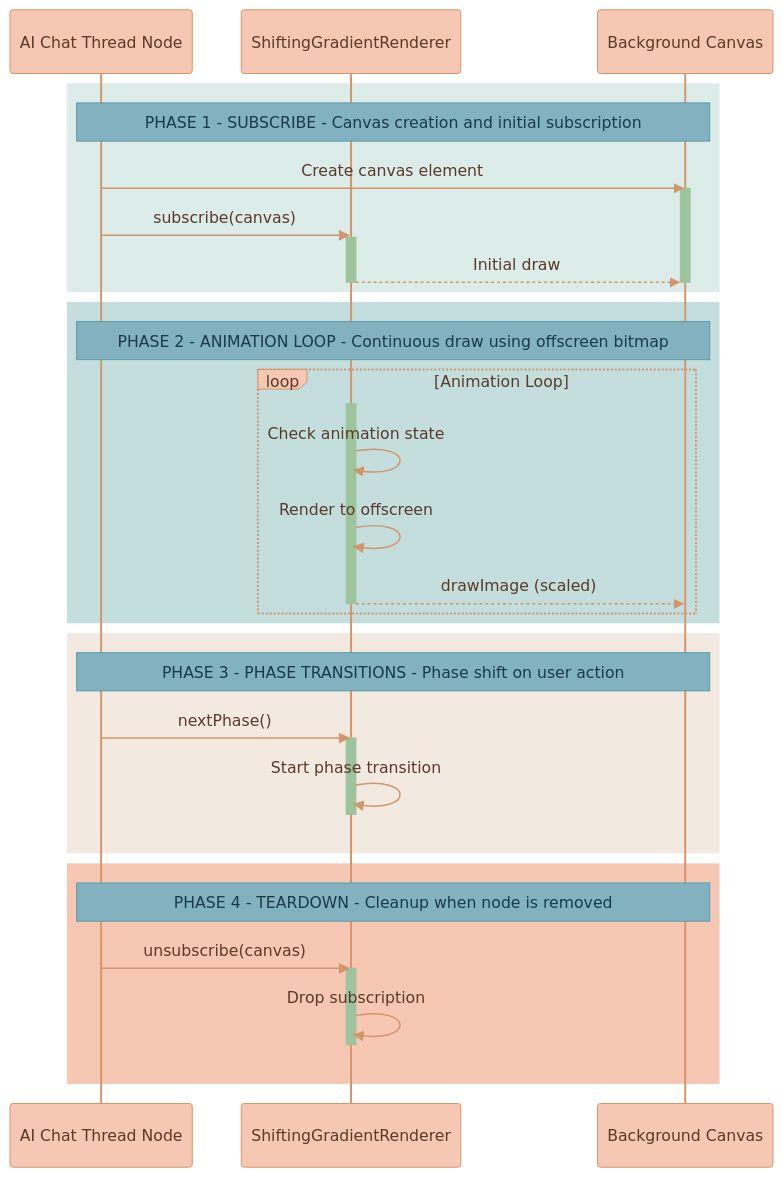
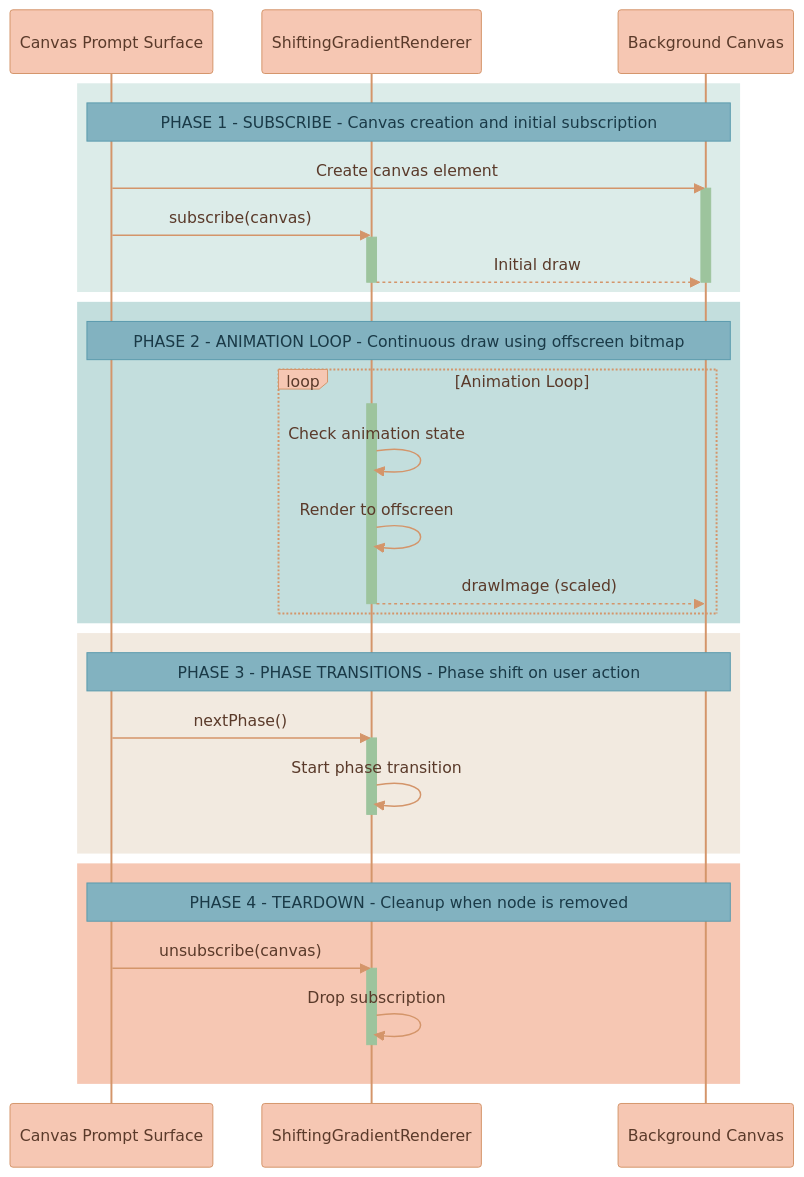
The fourth of 4 diagrams in documentation/canvas/VISUAL-EFFECTS.md (Lixpi/lixpi), drawn with Mermaid before and after one commit. The commit also changed 225 other files, not shown here.

````diff
--- a/documentation/canvas/VISUAL-EFFECTS.md
+++ b/documentation/canvas/VISUAL-EFFECTS.md
@@ -434,57 +434,57 @@
 ```mermaid
 %%{init: {'theme': 'base', 'themeVariables': { 'noteBkgColor': '#82B2C0', 'noteTextColor': '#1a3a47', 'noteBorderColor': '#5a9aad', 'actorBkg': '#F6C7B3', 'actorBorder': '#d4956a', 'actorTextColor': '#5a3a2a', 'actorLineColor': '#d4956a', 'signalColor': '#d4956a', 'signalTextColor': '#5a3a2a', 'labelBoxBkgColor': '#F6C7B3', 'labelBoxBorderColor': '#d4956a', 'labelTextColor': '#5a3a2a', 'loopTextColor': '#5a3a2a', 'activationBorderColor': '#9DC49D', 'activationBkgColor': '#9DC49D', 'sequenceNumberColor': '#5a3a2a'}}}%%
 sequenceDiagram
-    participant Node as AI Chat Thread Node
+    participant Node as Canvas Prompt Surface
     participant Renderer as ShiftingGradientRenderer
     participant Canvas as Background Canvas
 
     %% ═══════════════════════════════════════════════════════════════
     %% PHASE 1: SUBSCRIBE
     %% ═══════════════════════════════════════════════════════════════
     rect rgb(220, 236, 233)
         Note over Node, Canvas: PHASE 1 - SUBSCRIBE - Canvas creation and initial subscription
         Node->>Canvas: Create canvas element
         activate Canvas
         Node->>Renderer: subscribe(canvas)
         activate Renderer
         Renderer-->>Canvas: Initial draw
         deactivate Renderer
         deactivate Canvas
     end
 
     %% ═══════════════════════════════════════════════════════════════
     %% PHASE 2: ANIMATION LOOP
     %% ═══════════════════════════════════════════════════════════════
     rect rgb(195, 222, 221)
         Note over Node, Canvas: PHASE 2 - ANIMATION LOOP - Continuous draw using offscreen bitmap
         loop Animation Loop
             activate Renderer
             Renderer->>Renderer: Check animation state
             Renderer->>Renderer: Render to offscreen
             Renderer-->>Canvas: drawImage (scaled)
             deactivate Renderer
         end
     end
 
     %% ═══════════════════════════════════════════════════════════════
     %% PHASE 3: PHASE TRANSITIONS
     %% ═══════════════════════════════════════════════════════════════
     rect rgb(242, 234, 224)
         Note over Node, Canvas: PHASE 3 - PHASE TRANSITIONS - Phase shift on user action
         Node->>Renderer: nextPhase()
         activate Renderer
         Renderer->>Renderer: Start phase transition
         deactivate Renderer
     end
 
     %% ═══════════════════════════════════════════════════════════════
     %% PHASE 4: TEARDOWN
     %% ═══════════════════════════════════════════════════════════════
     rect rgb(246, 199, 179)
         Note over Node, Canvas: PHASE 4 - TEARDOWN - Cleanup when node is removed
         Node->>Renderer: unsubscribe(canvas)
         activate Renderer
         Renderer->>Renderer: Drop subscription
         deactivate Renderer
     end
 ```
````
